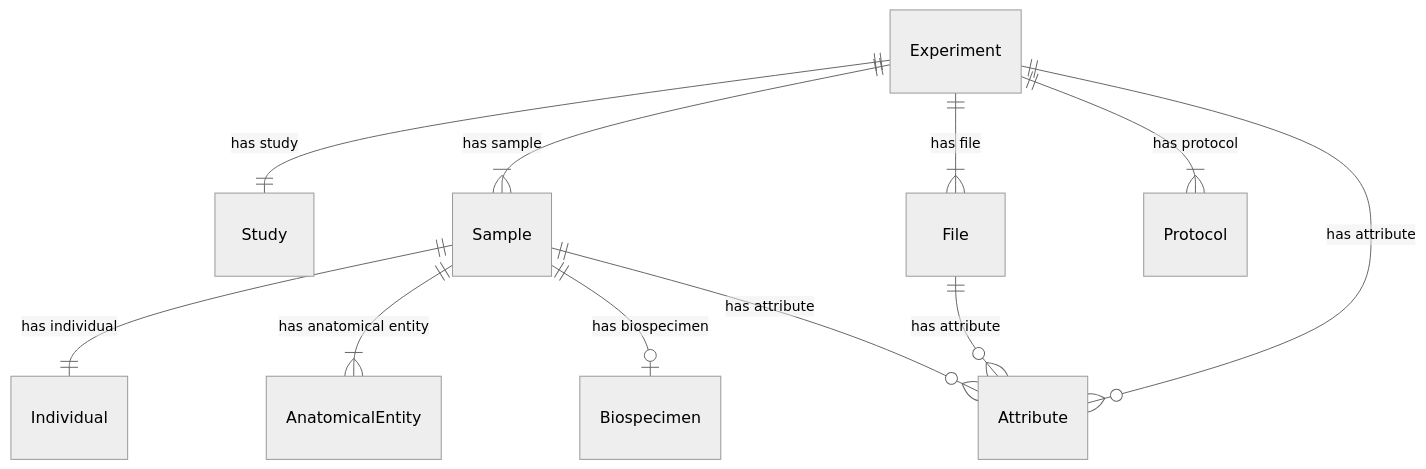
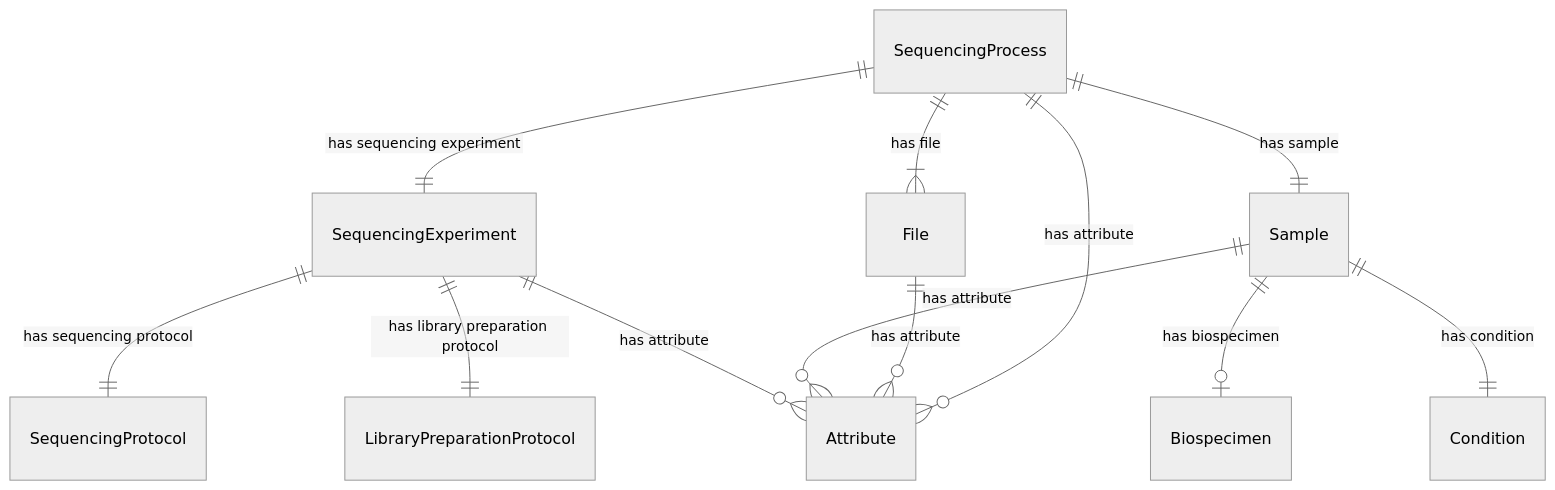
The third of 7 diagrams in docs/entity_relations.md (ghga-de/ghga-metadata-schema), drawn with Mermaid (neutral theme) before and after one commit. The commit also changed other lines of this file and 99 other files, not shown here.

````diff
--- a/docs/entity_relations.md
+++ b/docs/entity_relations.md
@@ -167,24 +178,28 @@
 ```mermaid
 erDiagram
+SequencingProcess {
+
+}
 File {
 
 }
 Sample {
 
 }
-Experiment {
+SequencingExperiment {
 
 }
 
+SequencingProcess ||--}| File : "has file"
+SequencingProcess ||--|| SequencingExperiment : "has sequencing experiment"
+SequencingProcess ||--|| Sample : "has sample"
+SequencingProcess ||--}o Attribute : "has attribute"
 File ||--}o Attribute : "has attribute"
-Sample ||--|| Individual : "has individual"
-Sample ||--}| AnatomicalEntity : "has anatomical entity"
 Sample ||--|o Biospecimen : "has biospecimen"
+Sample ||--|| Condition : "has condition"
 Sample ||--}o Attribute : "has attribute"
-Experiment ||--|| Study : "has study"
-Experiment ||--}| Sample : "has sample"
-Experiment ||--}| File : "has file"
-Experiment ||--}| Protocol : "has protocol"
-Experiment ||--}o Attribute : "has attribute"
+SequencingExperiment ||--|| SequencingProtocol : "has sequencing protocol"
+SequencingExperiment ||--|| LibraryPreparationProtocol : "has library preparation protocol"
+SequencingExperiment ||--}o Attribute : "has attribute"
 
 ```
````
